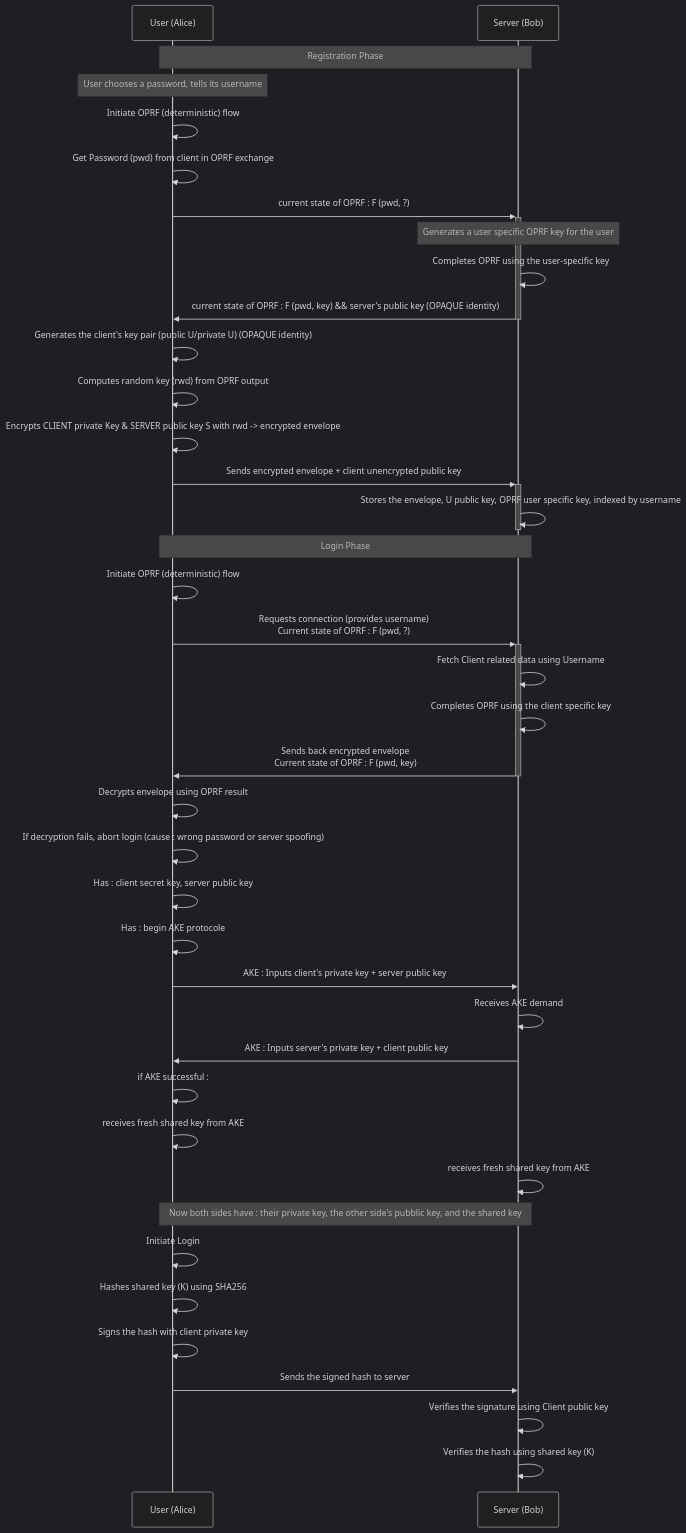
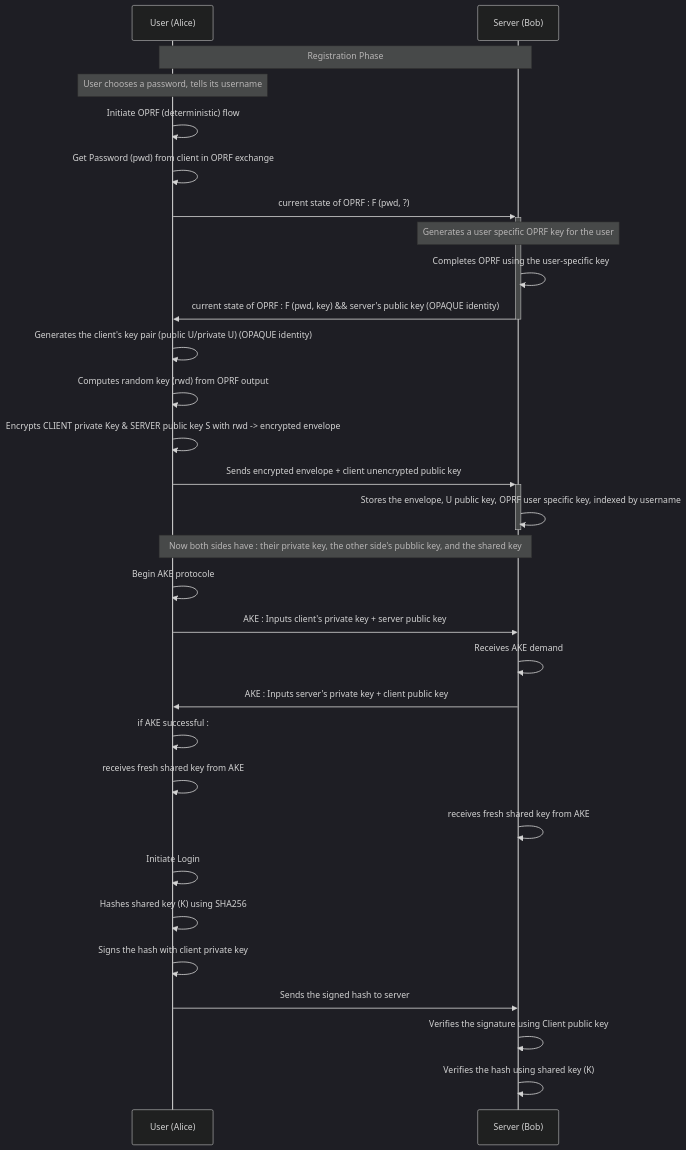
Before and after one commit to GuillaumeDorschner/ESILV-Cryptography-S8-2: the second of 3 diagrams in README.md, drawn with Mermaid (dark theme).

Commit message:
qsdfsdqf

````diff
--- a/README.md
+++ b/README.md
@@ -70,45 +71,34 @@
-```mermaid
-    sequenceDiagram
-    participant U as User (Alice)
-    participant S as Server (Bob)
+    ```mermaid
+        sequenceDiagram
+        participant U as User (Alice)
+        participant S as Server (Bob)
 
-    Note over U,S: Registration Phase
-        Note over U: User chooses a password, tells its username
-        U->>U: Initiate OPRF (deterministic) flow
-        U->>U: Get Password (pwd) from client in OPRF exchange
-        U->>+S: current state of OPRF : F (pwd, ?)
-        Note over S: Generates a user specific OPRF key for the user
-        S->>S: Completes OPRF using the user-specific key
-        S->>-U: current state of OPRF : F (pwd, key) && server's public key (OPAQUE identity)
-        U->>U: Generates the client's key pair (public U/private U) (OPAQUE identity)
-        U->>U: Computes random key (rwd) from OPRF output
-        U->>U: Encrypts CLIENT private Key & SERVER public key S with rwd -> encrypted envelope
-        U->>+S: Sends encrypted envelope + client unencrypted public key
-        S->>-S: Stores the envelope, U public key, OPRF user specific key, indexed by username
+        Note over U,S: Registration Phase
+            Note over U: User chooses a password, tells its username
+            U->>U: Initiate OPRF (deterministic) flow
+            U->>U: Get Password (pwd) from client in OPRF exchange
+            U->>+S: current state of OPRF : F (pwd, ?)
+            Note over S: Generates a user specific OPRF key for the user
+            S->>S: Completes OPRF using the user-specific key
+            S->>-U: current state of OPRF : F (pwd, key) && server's public key (OPAQUE identity)
+            U->>U: Generates the client's key pair (public U/private U) (OPAQUE identity)
+            U->>U: Computes random key (rwd) from OPRF output
+            U->>U: Encrypts CLIENT private Key & SERVER public key S with rwd -> encrypted envelope
+            U->>+S: Sends encrypted envelope + client unencrypted public key
+            S->>-S: Stores the envelope, U public key, OPRF user specific key, indexed by username
 
-
-    Note over U,S: Login Phase
-        U->>U: Initiate OPRF (deterministic) flow
-        U->>+S: Requests connection (provides username) <br> Current state of OPRF : F (pwd, ?)
-        S->>S: Fetch Client related data using Username
-        S->>S: Completes OPRF using the client specific key
-        S->>-U: Sends back encrypted envelope <br> Current state of OPRF : F (pwd, key)
-        U->>U: Decrypts envelope using OPRF result
-        U->>U: If decryption fails, abort login (cause : wrong password or server spoofing)
-        U->>U: Has : client secret key, server public key
-        U->>U: Has : begin AKE protocole
-        U->>S: AKE : Inputs client's private key + server public key
-        S->>S: Receives AKE demand
-        S->>U: AKE : Inputs server's private key + client public key
-        U->>U: if AKE  successful :
-        U->>U: receives fresh shared key from AKE
-        S->>S: receives fresh shared key from AKE
-
-    Note over U,S: Now both sides have : their private key, the other side's pubblic key, and the shared key
-        U->>U: Initiate Login
-        U->>U: Hashes shared key (K) using SHA256
-        U->>U: Signs the hash with client private key
-        U->>S: Sends the signed hash to server
-        S->>S: Verifies the signature using Client public key
-        S->>S: Verifies the hash using shared key (K)
-```
+        Note over U,S: Now both sides have : their private key, the other side's pubblic key, and the shared key
+            U->>U: Begin AKE protocole
+            U->>S: AKE : Inputs client's private key + server public key
+            S->>S: Receives AKE demand
+            S->>U: AKE : Inputs server's private key + client public key
+            U->>U: if AKE  successful :
+            U->>U: receives fresh shared key from AKE
+            S->>S: receives fresh shared key from AKE
+            U->>U: Initiate Login
+            U->>U: Hashes shared key (K) using SHA256
+            U->>U: Signs the hash with client private key
+            U->>S: Sends the signed hash to server
+            S->>S: Verifies the signature using Client public key
+            S->>S: Verifies the hash using shared key (K)
+    ```
````
